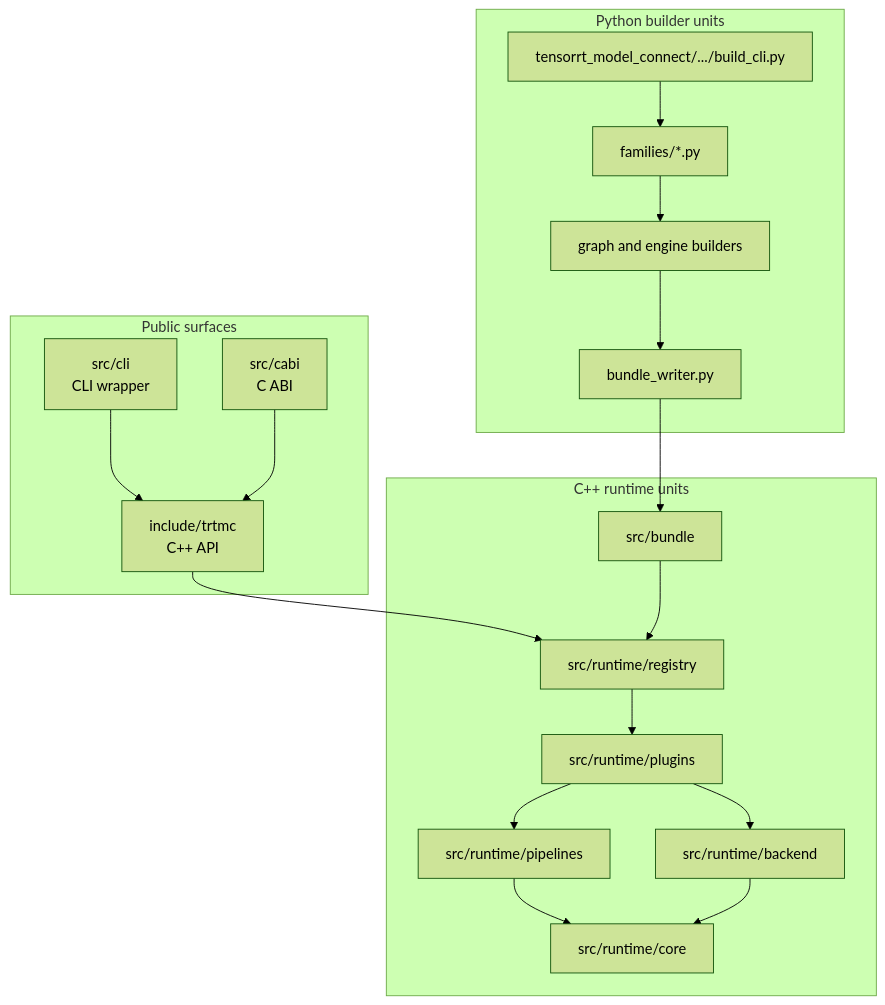
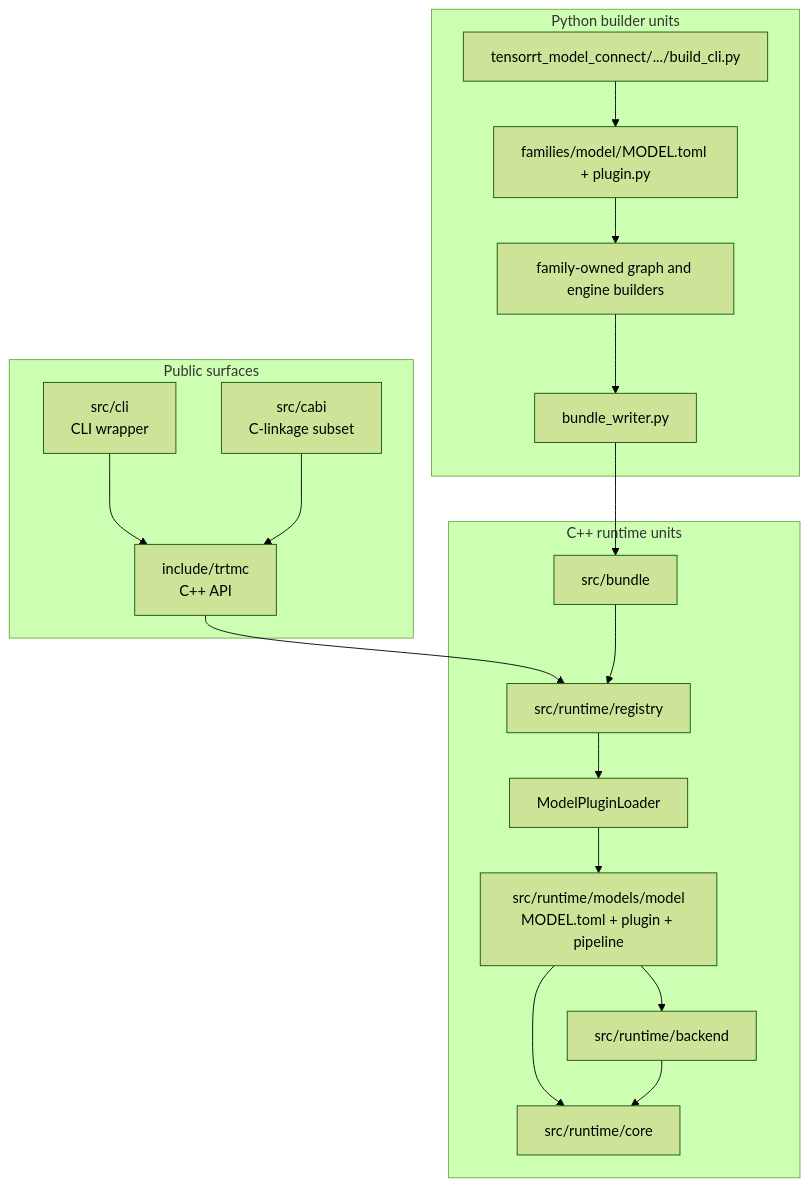
Before and after one commit to NVIDIA/TensorRT-Model-Connect: the diagram in website/docs/unit-design/overview.md, drawn with Mermaid (forest theme). The commit also changed other lines of this file and 104 other files, not shown here.

First line of the commit message:
docs: align documentation with current architecture

````diff
--- a/website/docs/unit-design/overview.md
+++ b/website/docs/unit-design/overview.md
@@ -9,38 +12,38 @@
 ```mermaid
 flowchart TB
   subgraph Public["Public surfaces"]
     PublicAPI["include/trtmc<br/>C++ API"]
     CLI["src/cli<br/>CLI wrapper"]
-    CABI["src/cabi<br/>C ABI"]
+    CABI["src/cabi<br/>C-linkage subset"]
   end
 
   subgraph Build["Python builder units"]
     BuildCLI["tensorrt_model_connect/.../build_cli.py"]
-    Families["families/*.py"]
-    Builders["graph and engine builders"]
+    Families["families/model/MODEL.toml + plugin.py"]
+    Builders["family-owned graph and engine builders"]
     BundleWriter["bundle_writer.py"]
   end
 
   subgraph Runtime["C++ runtime units"]
     Bundle["src/bundle"]
     Registry["src/runtime/registry"]
-    Plugins["src/runtime/plugins"]
-    Pipelines["src/runtime/pipelines"]
+    Loader["ModelPluginLoader"]
+    Models["src/runtime/models/model<br/>MODEL.toml + plugin + pipeline"]
     Core["src/runtime/core"]
     Backend["src/runtime/backend"]
   end
 
   BuildCLI --> Families
   Families --> Builders
   Builders --> BundleWriter
   BundleWriter --> Bundle
   PublicAPI --> Registry
   CLI --> PublicAPI
   CABI --> PublicAPI
   Bundle --> Registry
-  Registry --> Plugins
-  Plugins --> Pipelines
-  Pipelines --> Core
-  Plugins --> Backend
+  Registry --> Loader
+  Loader --> Models
+  Models --> Core
+  Models --> Backend
   Backend --> Core
 ```
````
